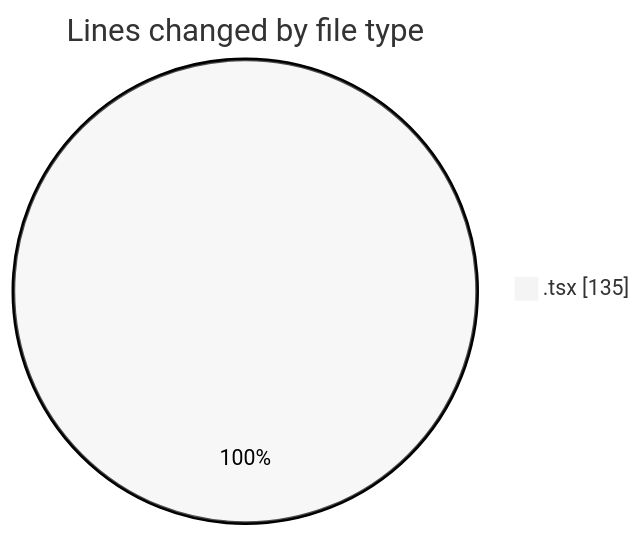
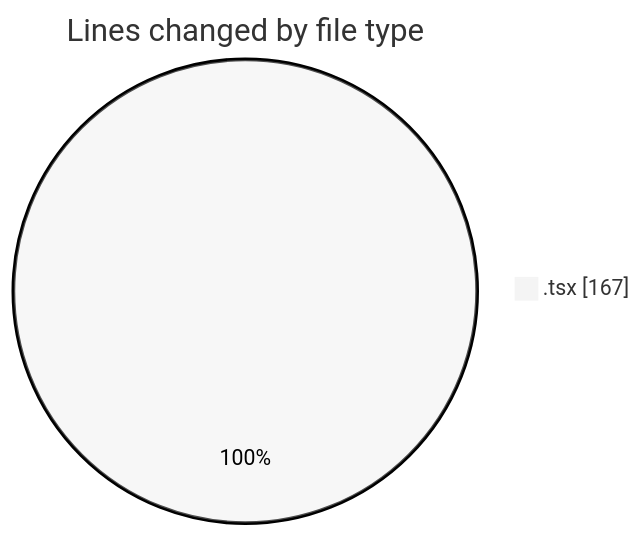
The first of 2 diagrams in 2026-02-23/nxtqube_webapp/README.md (nxtqubesakshisongat/code-tracking), drawn with Mermaid (neutral theme) before and after one commit. The commit also changed other lines of this file and 1 other file, not shown here.

````diff
--- a/2026-02-23/nxtqube_webapp/README.md
+++ b/2026-02-23/nxtqube_webapp/README.md
@@ -20,5 +20,5 @@
 ```mermaid
 pie showData
 title Lines changed by file type
-".tsx" : 135
+".tsx" : 167
 ```
````
